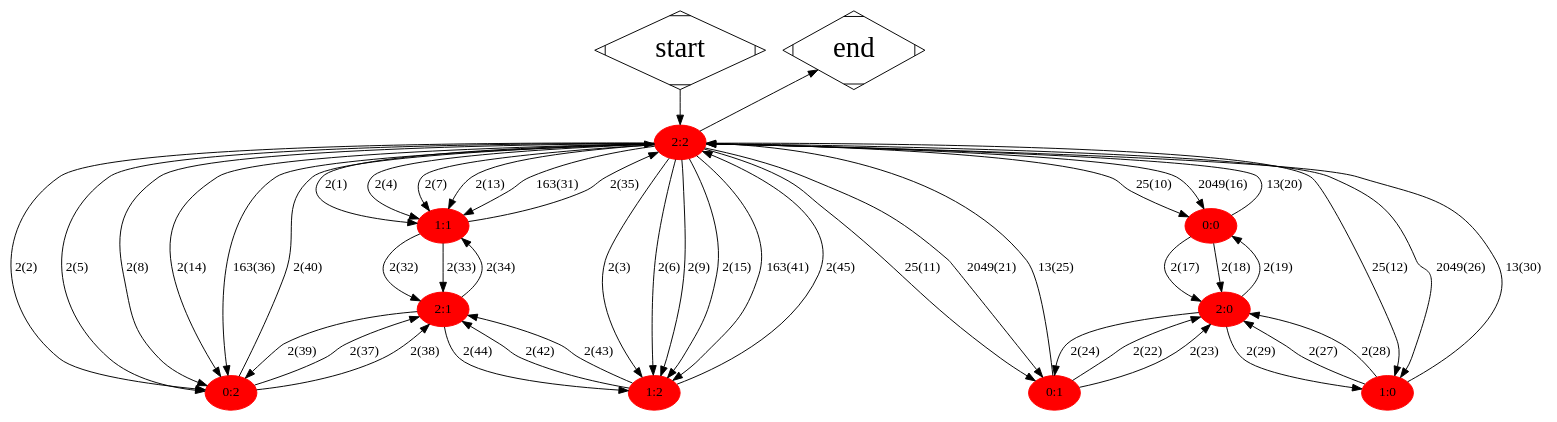
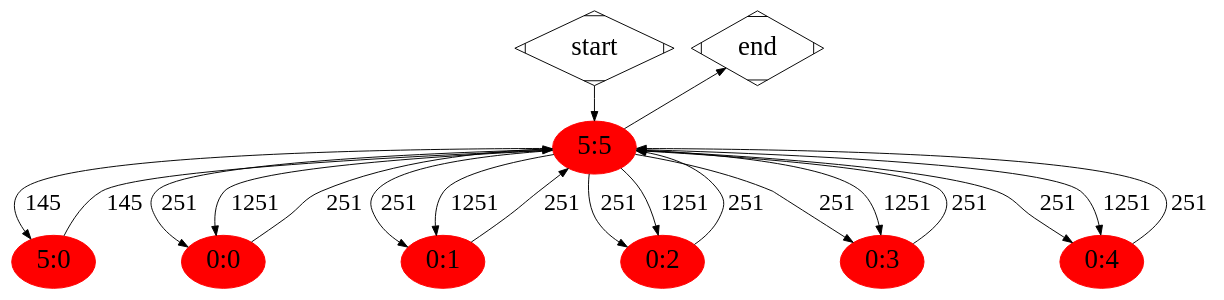
Before and after one commit to FCAS-LAB/LEGOSIM_MICRO: the diagram in benchmark/matmul/out/task.gv, drawn with Graphviz. The commit also changed 207 other files, not shown here.

```diff
--- a/benchmark/matmul/out/task.gv
+++ b/benchmark/matmul/out/task.gv
@@ -1,66 +1,38 @@
 digraph G {
-	graph [fontsize=80]
-	start [label=start fillcolor=skyblue fontsize=30 shape=Mdiamond]
-	end [label=end fillcolor=black fontsize=30 shape=Mdiamond]
+	node [fontsize=28]
+	edge [fontsize=25]
+	fontsize=30
+	start [label=start fillcolor=skyblue fontsize=28 shape=Mdiamond]
+	end [label=end fillcolor=black fontsize=28 shape=Mdiamond]
 	// bench.txt
 	{
-		graph [color=lightgrey fontsize=80 style=filled]
-		node [color=red style=filled]
-		"2_2" [label="2:2"]
-		"1_1" [label="1:1"]
-		"0_2" [label="0:2"]
-		"1_2" [label="1:2"]
+		graph [color=lightgrey style=filled]
+		node [color=red fontsize=28 style=filled]
+		"5_5" [label="5:5"]
+		"5_0" [label="5:0"]
 		"0_0" [label="0:0"]
 		"0_1" [label="0:1"]
-		"1_0" [label="1:0"]
-		"2_0" [label="2:0"]
-		"2_1" [label="2:1"]
-		"2_2" -> "1_1" [label="2(1)"]
-		"2_2" -> "0_2" [label="2(2)"]
-		"2_2" -> "1_2" [label="2(3)"]
-		"2_2" -> "1_1" [label="2(4)"]
-		"2_2" -> "0_2" [label="2(5)"]
-		"2_2" -> "1_2" [label="2(6)"]
-		"2_2" -> "1_1" [label="2(7)"]
-		"2_2" -> "0_2" [label="2(8)"]
-		"2_2" -> "1_2" [label="2(9)"]
-		"2_2" -> "0_0" [label="25(10)"]
-		"2_2" -> "0_1" [label="25(11)"]
-		"2_2" -> "1_0" [label="25(12)"]
-		"2_2" -> "1_1" [label="2(13)"]
-		"2_2" -> "0_2" [label="2(14)"]
-		"2_2" -> "1_2" [label="2(15)"]
-		"2_2" -> "0_0" [label="2049(16)"]
-		"0_0" -> "2_0" [label="2(17)"]
-		"0_0" -> "2_0" [label="2(18)"]
-		"2_0" -> "0_0" [label="2(19)"]
-		"0_0" -> "2_2" [label="13(20)"]
-		"2_2" -> "0_1" [label="2049(21)"]
-		"0_1" -> "2_0" [label="2(22)"]
-		"0_1" -> "2_0" [label="2(23)"]
-		"2_0" -> "0_1" [label="2(24)"]
-		"0_1" -> "2_2" [label="13(25)"]
-		"2_2" -> "1_0" [label="2049(26)"]
-		"1_0" -> "2_0" [label="2(27)"]
-		"1_0" -> "2_0" [label="2(28)"]
-		"2_0" -> "1_0" [label="2(29)"]
-		"1_0" -> "2_2" [label="13(30)"]
-		"2_2" -> "1_1" [label="163(31)"]
-		"1_1" -> "2_1" [label="2(32)"]
-		"1_1" -> "2_1" [label="2(33)"]
-		"2_1" -> "1_1" [label="2(34)"]
-		"1_1" -> "2_2" [label="2(35)"]
-		"2_2" -> "0_2" [label="163(36)"]
-		"0_2" -> "2_1" [label="2(37)"]
-		"0_2" -> "2_1" [label="2(38)"]
-		"2_1" -> "0_2" [label="2(39)"]
-		"0_2" -> "2_2" [label="2(40)"]
-		"2_2" -> "1_2" [label="163(41)"]
-		"1_2" -> "2_1" [label="2(42)"]
-		"1_2" -> "2_1" [label="2(43)"]
-		"2_1" -> "1_2" [label="2(44)"]
-		"1_2" -> "2_2" [label="2(45)"]
+		"0_2" [label="0:2"]
+		"0_3" [label="0:3"]
+		"0_4" [label="0:4"]
+		"5_5" -> "5_0" [label=145]
+		"5_0" -> "5_5" [label=145]
+		"5_5" -> "0_0" [label=251]
+		"5_5" -> "0_0" [label=1251]
+		"5_5" -> "0_1" [label=251]
+		"5_5" -> "0_1" [label=1251]
+		"5_5" -> "0_2" [label=251]
+		"5_5" -> "0_2" [label=1251]
+		"5_5" -> "0_3" [label=251]
+		"5_5" -> "0_3" [label=1251]
+		"5_5" -> "0_4" [label=251]
+		"5_5" -> "0_4" [label=1251]
+		"0_4" -> "5_5" [label=251]
+		"0_0" -> "5_5" [label=251]
+		"0_1" -> "5_5" [label=251]
+		"0_2" -> "5_5" [label=251]
+		"0_3" -> "5_5" [label=251]
 	}
-	start -> "2_2"
-	"2_2" -> end [constraint=false]
+	start -> "5_5"
+	"5_5" -> end [constraint=false]
 }
```
